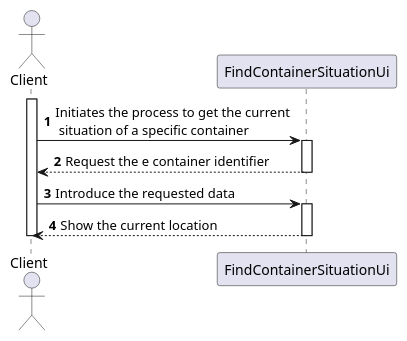
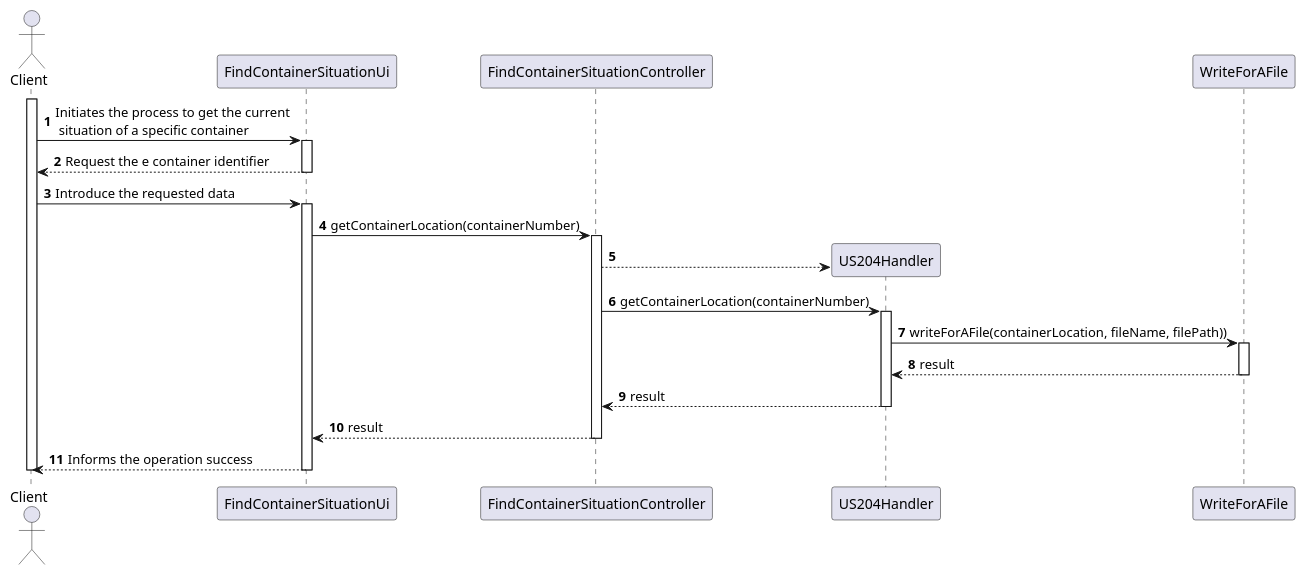
Before and after one commit to 0franciscor/lapr3-2021-g042: the diagram in docs/US204/US204_SD.puml, drawn with PlantUML. The commit also changed 1 other file, not shown here.

```diff
--- a/docs/US204/US204_SD.puml
+++ b/docs/US204/US204_SD.puml
@@ -1,18 +1,33 @@
 @startuml
 autonumber
 
 actor "Client" as C
 participant "FindContainerSituationUi" as UI
+participant "FindContainerSituationController" as CTRL
+participant "US204Handler" as handler
+participant "WriteForAFile" as writer
 
 activate C
 C -> UI:  Initiates the process to get the current\n situation of a specific container
 activate UI
 UI --> C : Request the e container identifier
 deactivate UI
 C -> UI : Introduce the requested data
-
 activate UI
-UI-->C : Show the current location
+UI -> CTRL: getContainerLocation(containerNumber)
+activate CTRL
+CTRL --> handler**
+CTRL -> handler: getContainerLocation(containerNumber)
+activate handler
+handler->writer:writeForAFile(containerLocation, fileName, filePath))
+activate writer
+writer --> handler: result
+deactivate writer
+handler --> CTRL: result
+deactivate handler
+CTRL-->UI: result
+deactivate CTRL
+UI-->C :Informs the operation success
 deactivate UI
 deactivate C
 @enduml
```
